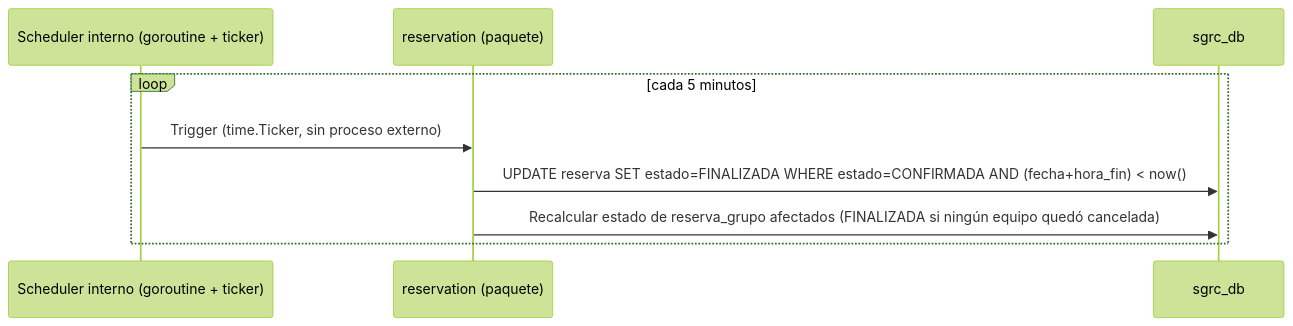
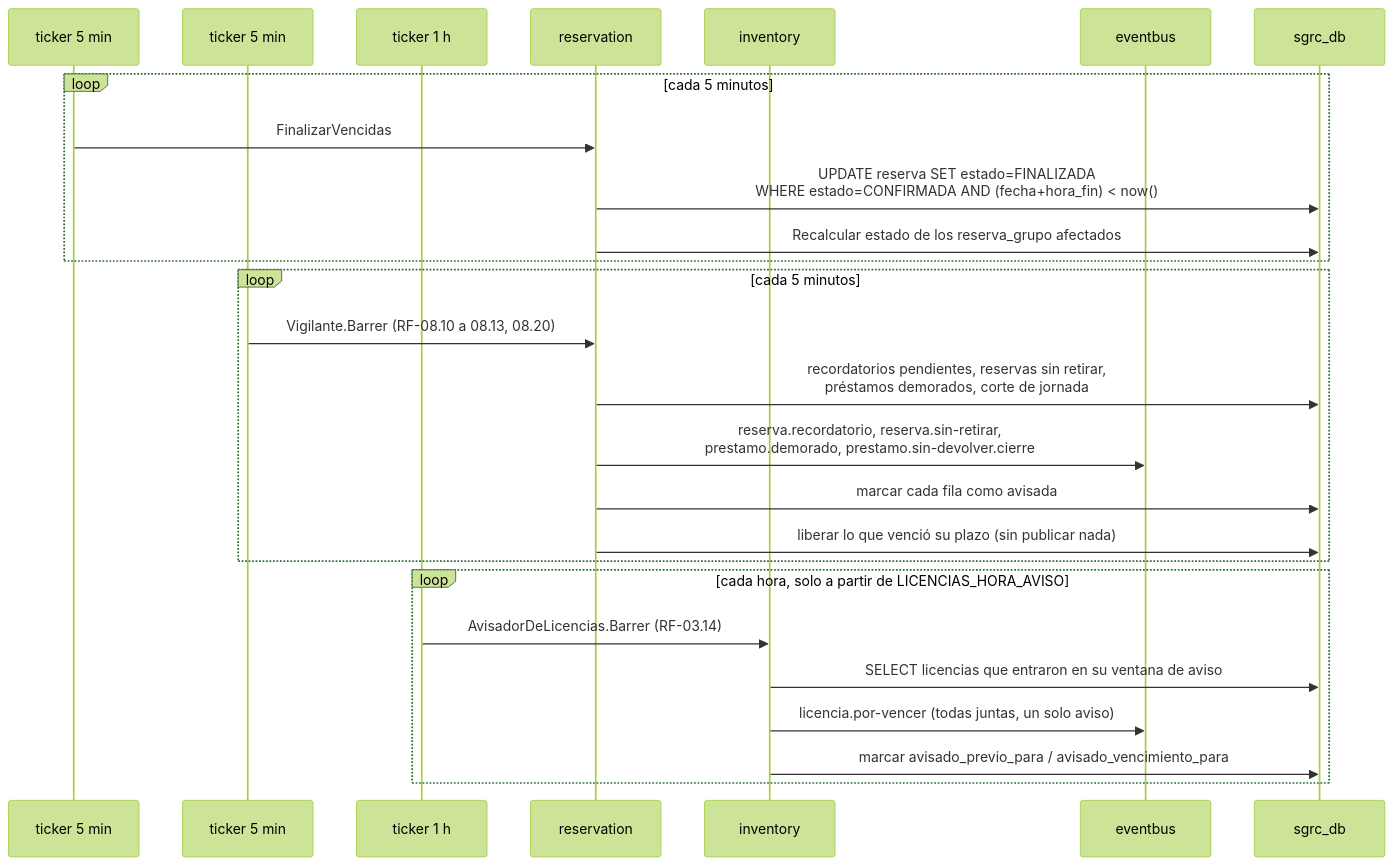
Diagram 13 of 14 in docs/04-diagramas-secuencia.md (agustin-y2k/sgrc), drawn with Mermaid (forest theme) before and after one commit. The commit also changed other lines of this file and 57 other files, not shown here.

````diff
--- a/docs/04-diagramas-secuencia.md
+++ b/docs/04-diagramas-secuencia.md
@@ -382,12 +422,31 @@
 ```mermaid
 sequenceDiagram
-    participant CRON as Scheduler interno (goroutine + ticker)
-    participant RES as reservation (paquete)
+    participant T1 as ticker 5 min
+    participant T2 as ticker 5 min
+    participant T3 as ticker 1 h
+    participant RES as reservation
+    participant INV as inventory
+    participant EB as eventbus
     participant DB as sgrc_db
 
     loop cada 5 minutos
-        CRON->>RES: Trigger (time.Ticker, sin proceso externo)
-        RES->>DB: UPDATE reserva SET estado=FINALIZADA WHERE estado=CONFIRMADA AND (fecha+hora_fin) < now()
-        RES->>DB: Recalcular estado de reserva_grupo afectados (FINALIZADA si ningún equipo quedó cancelada)
+        T1->>RES: FinalizarVencidas
+        RES->>DB: UPDATE reserva SET estado=FINALIZADA<br/>WHERE estado=CONFIRMADA AND (fecha+hora_fin) < now()
+        RES->>DB: Recalcular estado de los reserva_grupo afectados
+    end
+
+    loop cada 5 minutos
+        T2->>RES: Vigilante.Barrer (RF-08.10 a 08.13, 08.20)
+        RES->>DB: recordatorios pendientes, reservas sin retirar,<br/>préstamos demorados, corte de jornada
+        RES->>EB: reserva.recordatorio, reserva.sin-retirar,<br/>prestamo.demorado, prestamo.sin-devolver.cierre
+        RES->>DB: marcar cada fila como avisada
+        RES->>DB: liberar lo que venció su plazo (sin publicar nada)
+    end
+
+    loop cada hora, solo a partir de LICENCIAS_HORA_AVISO
+        T3->>INV: AvisadorDeLicencias.Barrer (RF-03.14)
+        INV->>DB: SELECT licencias que entraron en su ventana de aviso
+        INV->>EB: licencia.por-vencer (todas juntas, un solo aviso)
+        INV->>DB: marcar avisado_previo_para / avisado_vencimiento_para
     end
 ```
````
